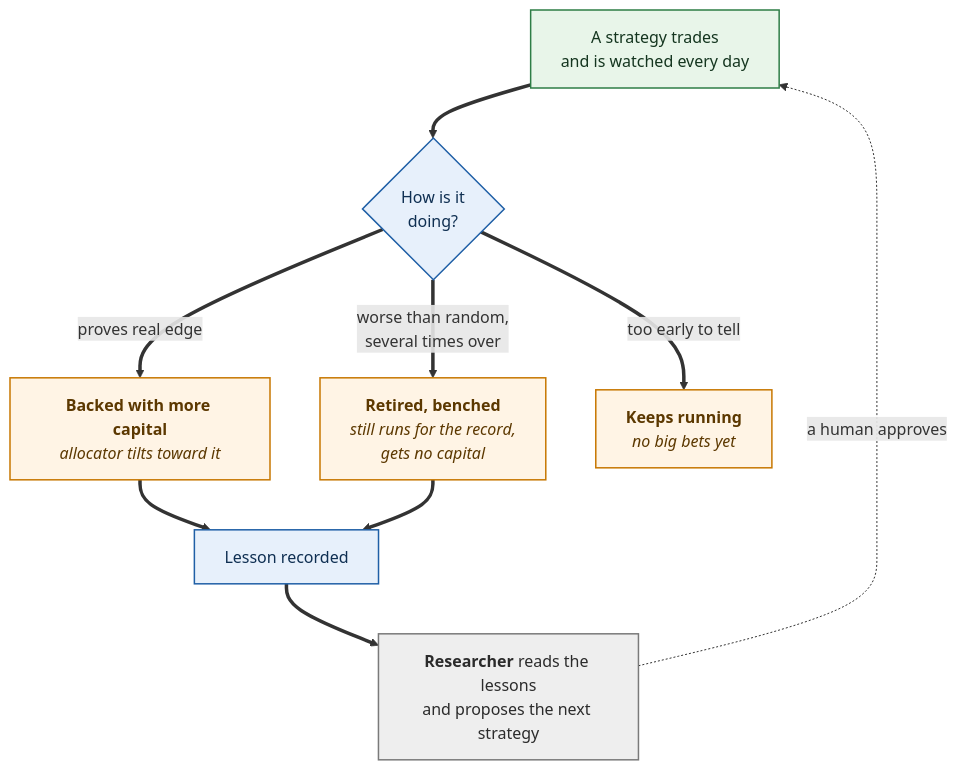
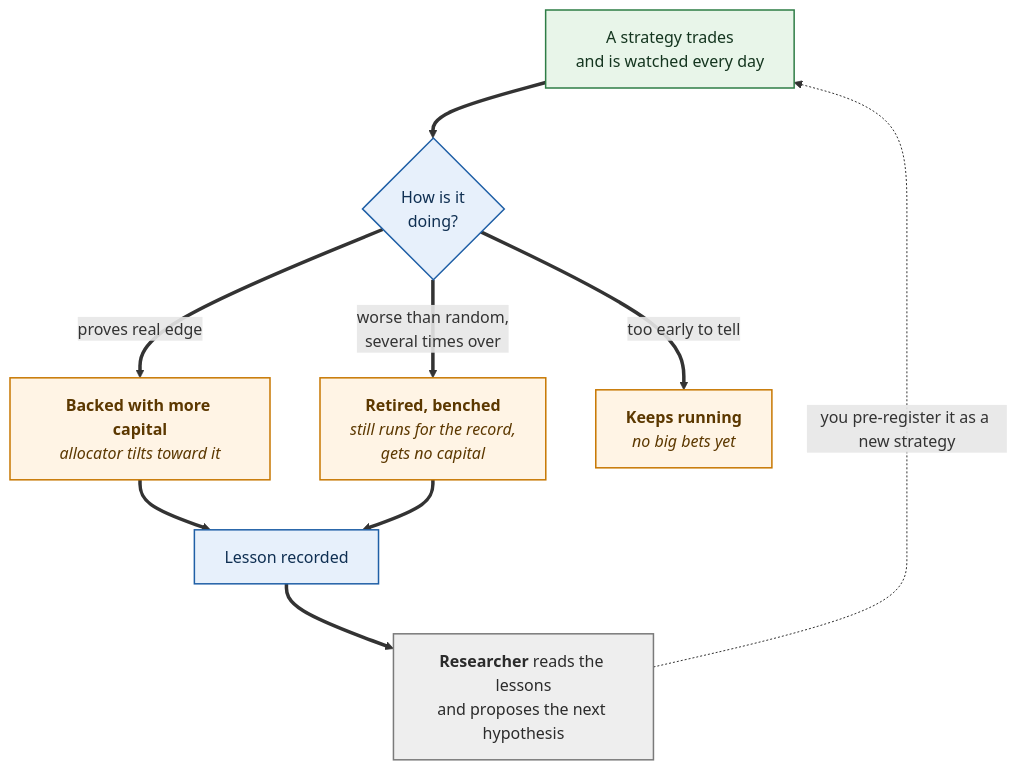
Before and after one commit to masalasev-ops/AlphaFinanceLab: the fifth of 11 diagrams in ORIENTATION.md, drawn with Mermaid. The commit also changed other lines of this file and 18 other files, not shown here.

````diff
--- a/ORIENTATION.md
+++ b/ORIENTATION.md
@@ -167,19 +186,19 @@
 ```mermaid
 flowchart TB
     RUN["A strategy trades<br/>and is watched every day"]:::trade
     RUN ==> VERDICT{"How is it<br/>doing?"}:::machine
     VERDICT ==>|"proves real edge"| WIN["<b>Backed with more capital</b><br/><i>allocator tilts toward it</i>"]:::outcome
     VERDICT ==>|"worse than random,<br/>several times over"| RETIRE["<b>Retired, benched</b><br/><i>still runs for the record,<br/>gets no capital</i>"]:::outcome
     VERDICT ==>|"too early to tell"| WAIT["<b>Keeps running</b><br/><i>no big bets yet</i>"]:::outcome
     WIN ==> LESSON["Lesson recorded"]:::machine
     RETIRE ==> LESSON
-    LESSON ==> PROPOSE["<b>Researcher</b> reads the lessons<br/>and proposes the next strategy"]:::notrade
-    PROPOSE -.->|"a human approves"| RUN
+    LESSON ==> PROPOSE["<b>Researcher</b> reads the lessons<br/>and proposes the next hypothesis"]:::notrade
+    PROPOSE -.->|"you pre-register it as a new strategy"| RUN
 
     classDef trade fill:#E8F5E9,stroke:#2E7D46,stroke-width:1.5px,color:#14351f;
     classDef notrade fill:#EEEEEE,stroke:#7A7A7A,stroke-width:1.5px,color:#2b2b2b;
     classDef machine fill:#E7F0FB,stroke:#1F5FA6,stroke-width:1.5px,color:#0f2f52;
     classDef outcome fill:#FFF4E5,stroke:#C77700,stroke-width:1.5px,color:#5c3800;
     classDef hub fill:#E2F5F1,stroke:#0F6E56,stroke-width:1.5px,color:#0a3b30;
     classDef verdict fill:#F3EEFB,stroke:#6A4FB0,stroke-width:1.5px,color:#301d5c;
 ```
````
